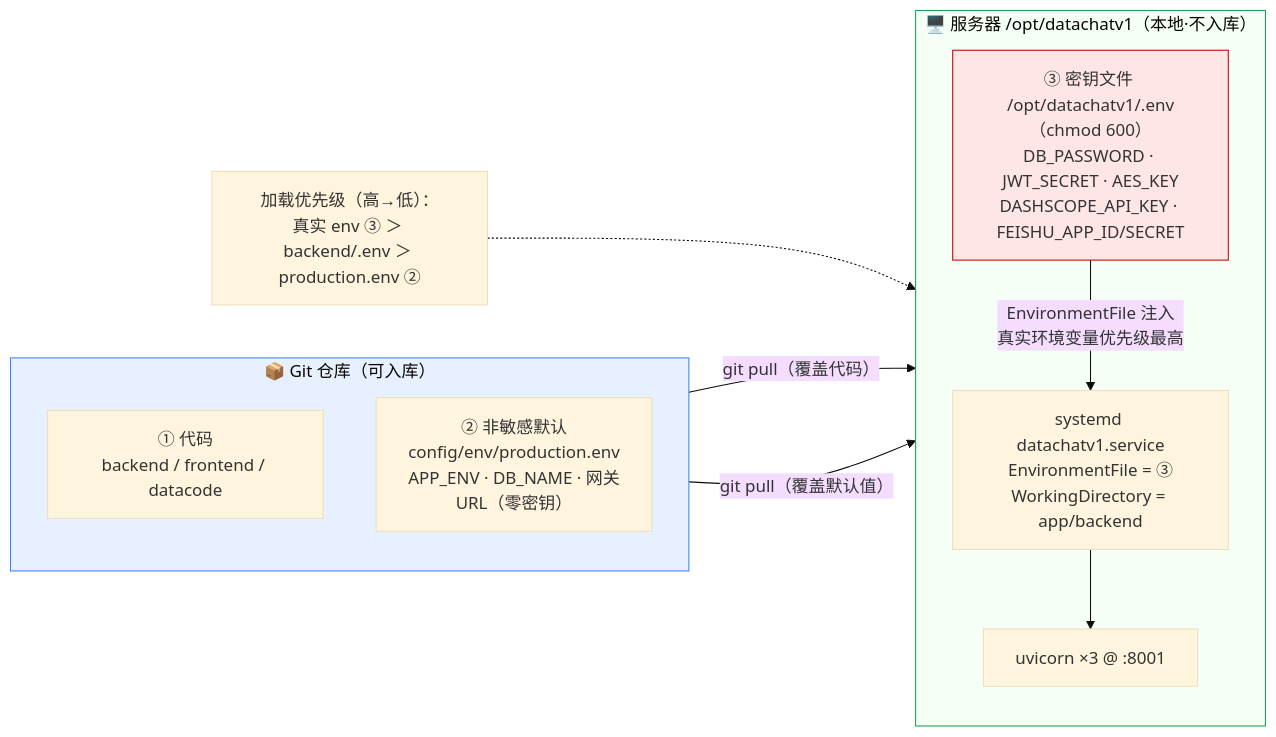
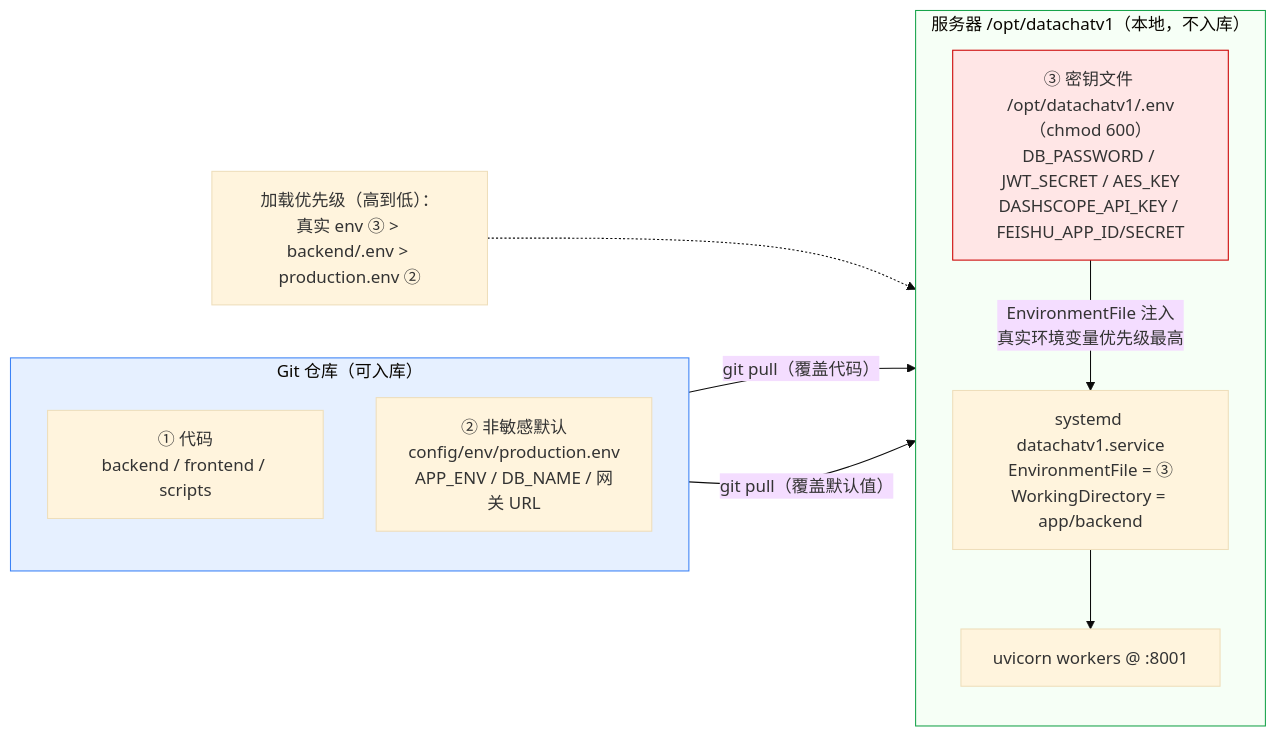
The fourth of 5 diagrams in docs/ARCHITECTURE.md (YJLBigData/DataChatV1), drawn with Mermaid (base theme) before and after one commit. The commit also changed other lines of this file and 91 other files, not shown here.

````diff
--- a/docs/ARCHITECTURE.md
+++ b/docs/ARCHITECTURE.md
@@ -192,26 +143,26 @@
 ```mermaid
 flowchart LR
-    subgraph git["📦 Git 仓库（可入库）"]
+    subgraph git["Git 仓库（可入库）"]
         direction TB
-        CODE2["① 代码<br/>backend / frontend / datacode"]
-        DEF["② 非敏感默认<br/>config/env/production.env<br/>APP_ENV · DB_NAME · 网关URL（零密钥）"]
+        CODE["① 代码<br/>backend / frontend / scripts"]
+        DEF["② 非敏感默认<br/>config/env/production.env<br/>APP_ENV / DB_NAME / 网关 URL"]
     end
 
-    subgraph server["🖥️ 服务器 /opt/datachatv1（本地·不入库）"]
+    subgraph server["服务器 /opt/datachatv1（本地，不入库）"]
         direction TB
-        SEC["③ 密钥文件 /opt/datachatv1/.env（chmod 600）<br/>DB_PASSWORD · JWT_SECRET · AES_KEY<br/>DASHSCOPE_API_KEY · FEISHU_APP_ID/SECRET"]
+        SEC["③ 密钥文件 /opt/datachatv1/.env（chmod 600）<br/>DB_PASSWORD / JWT_SECRET / AES_KEY<br/>DASHSCOPE_API_KEY / FEISHU_APP_ID/SECRET"]
         SVC["systemd datachatv1.service<br/>EnvironmentFile = ③<br/>WorkingDirectory = app/backend"]
-        RUN["uvicorn ×3 @ :8001"]
+        RUN["uvicorn workers @ :8001"]
     end
 
-    CODE2 -- "git pull（覆盖代码）" --> server
+    CODE -- "git pull（覆盖代码）" --> server
     DEF -- "git pull（覆盖默认值）" --> server
     SEC -- "EnvironmentFile 注入<br/>真实环境变量优先级最高" --> SVC --> RUN
 
-    NOTE["加载优先级（高→低）：<br/>真实 env ③ ＞ backend/.env ＞ production.env ②"]
+    NOTE["加载优先级（高到低）：<br/>真实 env ③ > backend/.env > production.env ②"]
     NOTE -.-> RUN
 
     style git fill:#e6f0ff,stroke:#3b82f6
     style SEC fill:#ffe6e6,stroke:#cc0000
     style server fill:#f6fff6,stroke:#16a34a
 ```
````
